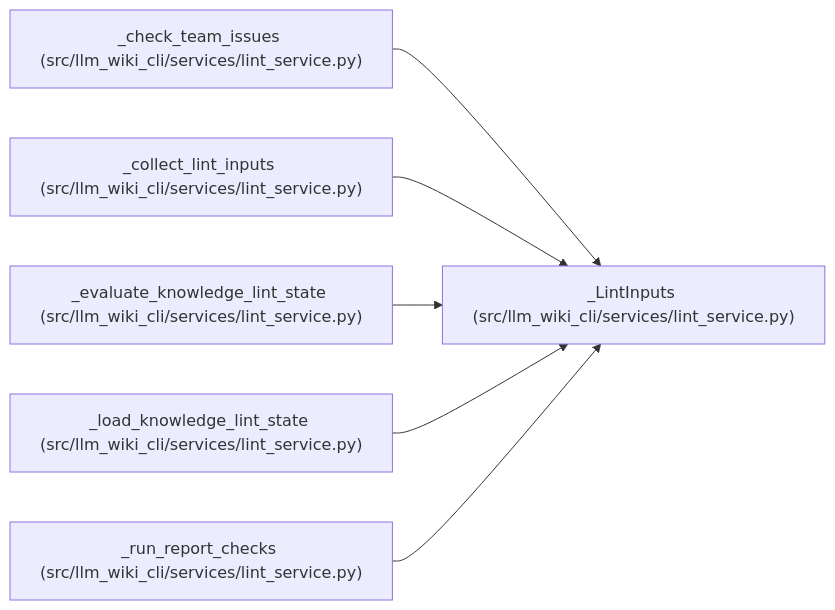
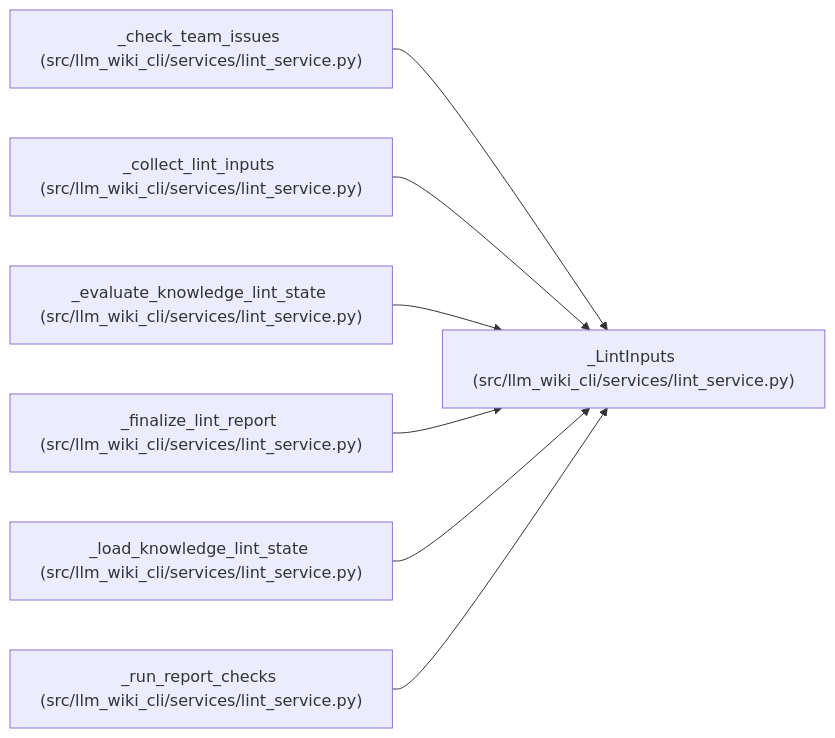
One commit to Denissvgn/python-wiki-llm changed the diagram in docs/llm_wiki/entities/LintInputs.md. Above: the diagram before and after it, drawn with Mermaid. The commit also changed other lines of this file and 727 other files, not shown here.

````diff
--- a/docs/llm_wiki/entities/LintInputs.md
+++ b/docs/llm_wiki/entities/LintInputs.md
@@ -36,20 +36,23 @@
 ```mermaid
 flowchart LR
     n0["_LintInputs (src/llm_wiki_cli/services/lint_service.py)"]
     n1["_check_team_issues (src/llm_wiki_cli/services/lint_service.py)"]
     n2["_collect_lint_inputs (src/llm_wiki_cli/services/lint_service.py)"]
     n3["_evaluate_knowledge_lint_state (src/llm_wiki_cli/services/lint_service.py)"]
-    n4["_load_knowledge_lint_state (src/llm_wiki_cli/services/lint_service.py)"]
-    n5["_run_report_checks (src/llm_wiki_cli/services/lint_service.py)"]
+    n4["_finalize_lint_report (src/llm_wiki_cli/services/lint_service.py)"]
+    n5["_load_knowledge_lint_state (src/llm_wiki_cli/services/lint_service.py)"]
+    n6["_run_report_checks (src/llm_wiki_cli/services/lint_service.py)"]
     n1 --> n0
     n2 --> n0
     n3 --> n0
     n4 --> n0
     n5 --> n0
+    n6 --> n0
     click n0 "../modules/lint_service.md"
     click n1 "../modules/lint_service.md"
     click n2 "../modules/lint_service.md"
     click n3 "../modules/lint_service.md"
     click n4 "../modules/lint_service.md"
     click n5 "../modules/lint_service.md"
+    click n6 "../modules/lint_service.md"
 ```
````
